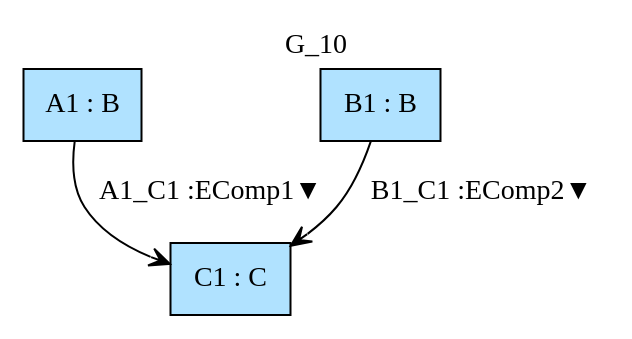
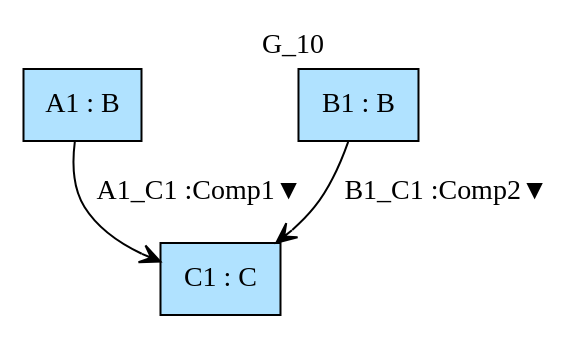
One commit to namalio/Fragmenta changed the diagram in Haskell/FragmentaTests/SGTyTests/img/G_10.gv. Above: the diagram before and after it, drawn with Graphviz. The commit also changed 70 other files, not shown here.

```diff
--- a/Haskell/FragmentaTests/SGTyTests/img/G_10.gv
+++ b/Haskell/FragmentaTests/SGTyTests/img/G_10.gv
@@ -1,8 +1,8 @@
 digraph {graph[label=G_10,labelloc=tl,labelfontsize=12];
 "A1"[shape=box,fillcolor=lightskyblue1,style = filled,label="A1 : B"];
 "B1"[shape=box,fillcolor=lightskyblue1,style = filled,label="B1 : B"];
 "C1"[shape=box,fillcolor=lightskyblue1,style = filled,label="C1 : C"];
 
-"A1"->"C1"[label="A1_C1 :EComp1▼",arrowhead=vee];
-"B1"->"C1"[label="B1_C1 :EComp2▼",arrowhead=vee];
+"A1"->"C1"[label="A1_C1 :Comp1▼",arrowhead=vee];
+"B1"->"C1"[label="B1_C1 :Comp2▼",arrowhead=vee];
 }
```
